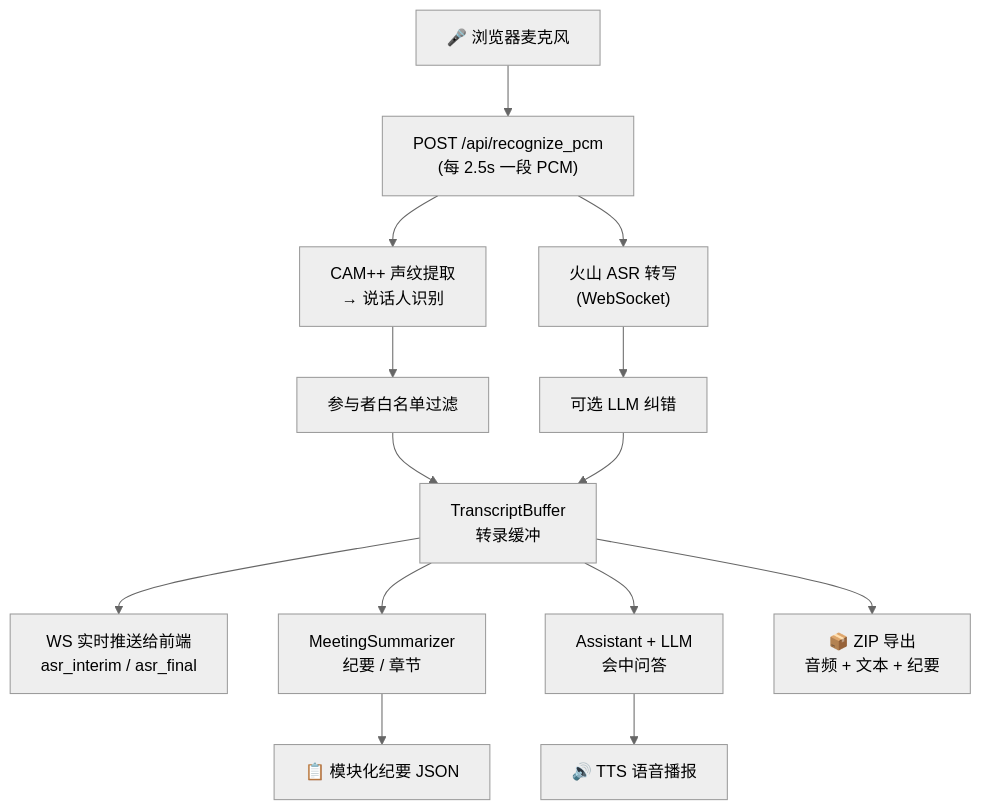
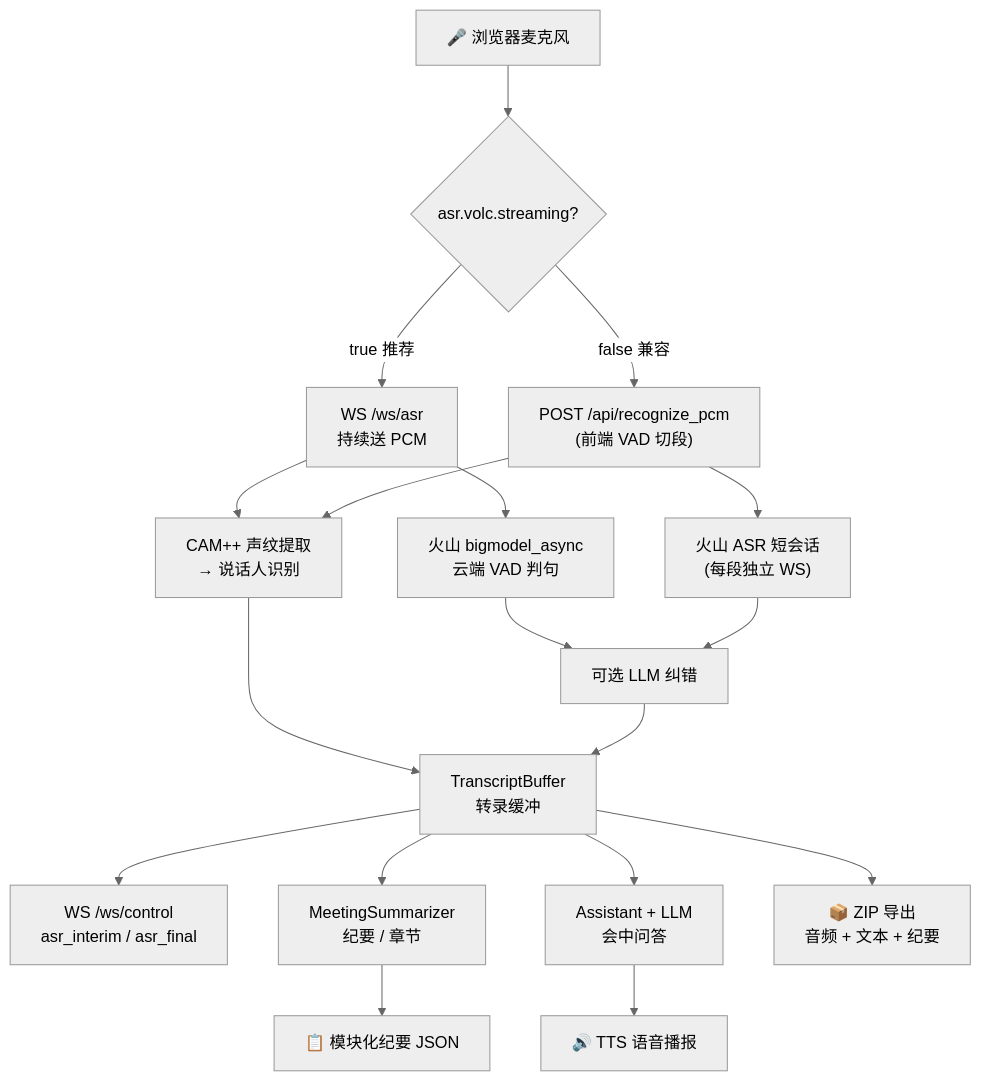
The diagram in README.md (dengyao1/EchoPass), drawn with Mermaid (neutral theme) before and after one commit. The commit also changed other lines of this file and 6 other files, not shown here.

First line of the commit message:
feat(asr): 会议录音改用火山云端 VAD 流式识别

````diff
--- a/README.md
+++ b/README.md
@@ -89,16 +89,20 @@
 ```mermaid
 flowchart TB
-    A[🎤 浏览器麦克风] --> B["POST /api/recognize_pcm<br/>(每 2.5s 一段 PCM)"]
-    B --> C["CAM++ 声纹提取<br/>→ 说话人识别"]
-    B --> D["火山 ASR 转写<br/>(WebSocket)"]
-    C --> E["参与者白名单过滤"]
-    D --> F["可选 LLM 纠错"]
-    E --> G[TranscriptBuffer<br/>转录缓冲]
-    F --> G
-    G --> H["WS 实时推送给前端<br/>asr_interim / asr_final"]
-    G --> I["MeetingSummarizer<br/>纪要 / 章节"]
-    G --> J["Assistant + LLM<br/>会中问答"]
-    I --> K["📋 模块化纪要 JSON"]
-    J --> L["🔊 TTS 语音播报"]
-    G --> M["📦 ZIP 导出<br/>音频 + 文本 + 纪要"]
+    A[🎤 浏览器麦克风] --> B{asr.volc.streaming?}
+    B -->|true 推荐| C["WS /ws/asr<br/>持续送 PCM"]
+    B -->|false 兼容| D["POST /api/recognize_pcm<br/>(前端 VAD 切段)"]
+    C --> E["火山 bigmodel_async<br/>云端 VAD 判句"]
+    D --> F["火山 ASR 短会话<br/>(每段独立 WS)"]
+    C --> G["CAM++ 声纹提取<br/>→ 说话人识别"]
+    D --> G
+    E --> H["可选 LLM 纠错"]
+    F --> H
+    G --> I[TranscriptBuffer<br/>转录缓冲]
+    H --> I
+    I --> J["WS /ws/control<br/>asr_interim / asr_final"]
+    I --> K["MeetingSummarizer<br/>纪要 / 章节"]
+    I --> L["Assistant + LLM<br/>会中问答"]
+    K --> M["📋 模块化纪要 JSON"]
+    L --> N["🔊 TTS 语音播报"]
+    I --> O["📦 ZIP 导出<br/>音频 + 文本 + 纪要"]
 ```
````
